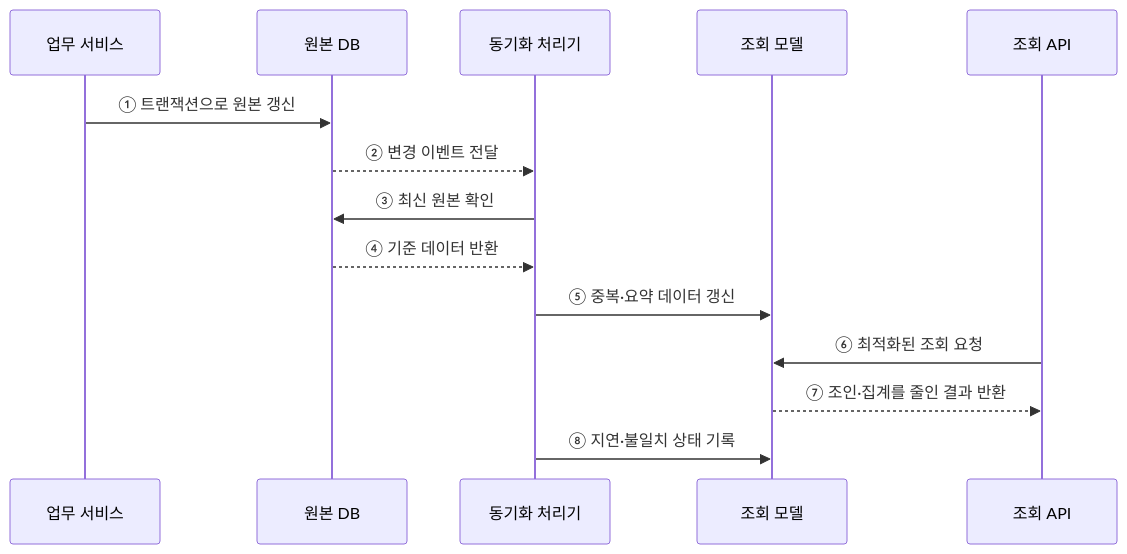
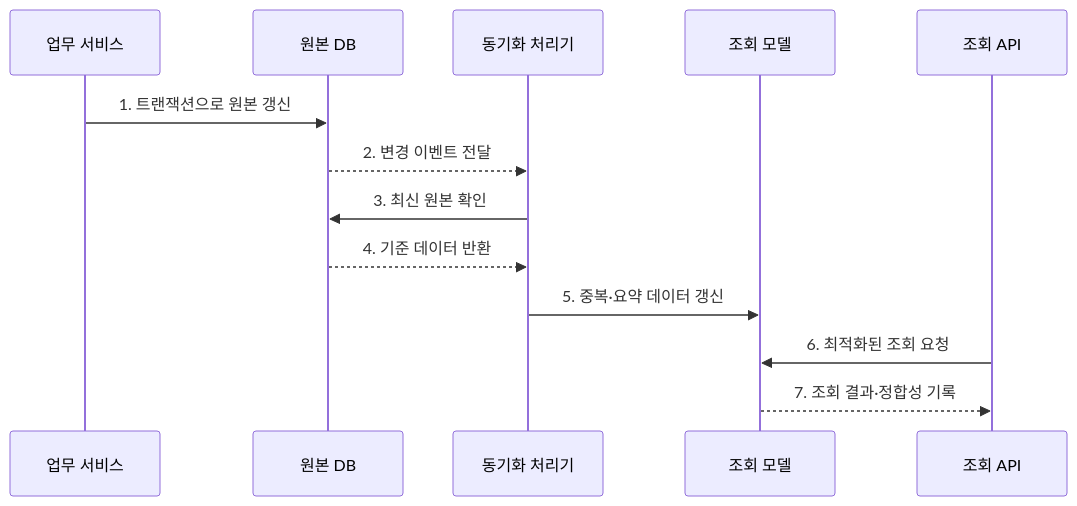
Before and after one commit to agnusdei1207/knowledge-base: the second of 2 diagrams in src/content/docs/notes/03-software/090_denormalization.md, drawn with Mermaid. The commit also changed other lines of this file and 20 other files, not shown here.

````diff
--- a/src/content/docs/notes/03-software/090_denormalization.md
+++ b/src/content/docs/notes/03-software/090_denormalization.md
@@ -69,16 +77,15 @@
 ```mermaid
 sequenceDiagram
     participant APP as 업무 서비스
     participant DB as 원본 DB
     participant SYNC as 동기화 처리기
     participant READ as 조회 모델
     participant API as 조회 API
-    APP->>DB: ① 트랜잭션으로 원본 갱신
-    DB-->>SYNC: ② 변경 이벤트 전달
-    SYNC->>DB: ③ 최신 원본 확인
-    DB-->>SYNC: ④ 기준 데이터 반환
-    SYNC->>READ: ⑤ 중복·요약 데이터 갱신
-    API->>READ: ⑥ 최적화된 조회 요청
-    READ-->>API: ⑦ 조인·집계를 줄인 결과 반환
-    SYNC->>READ: ⑧ 지연·불일치 상태 기록
+    APP->>DB: 1. 트랜잭션으로 원본 갱신
+    DB-->>SYNC: 2. 변경 이벤트 전달
+    SYNC->>DB: 3. 최신 원본 확인
+    DB-->>SYNC: 4. 기준 데이터 반환
+    SYNC->>READ: 5. 중복·요약 데이터 갱신
+    API->>READ: 6. 최적화된 조회 요청
+    READ-->>API: 7. 조회 결과·정합성 기록
 ```
````
